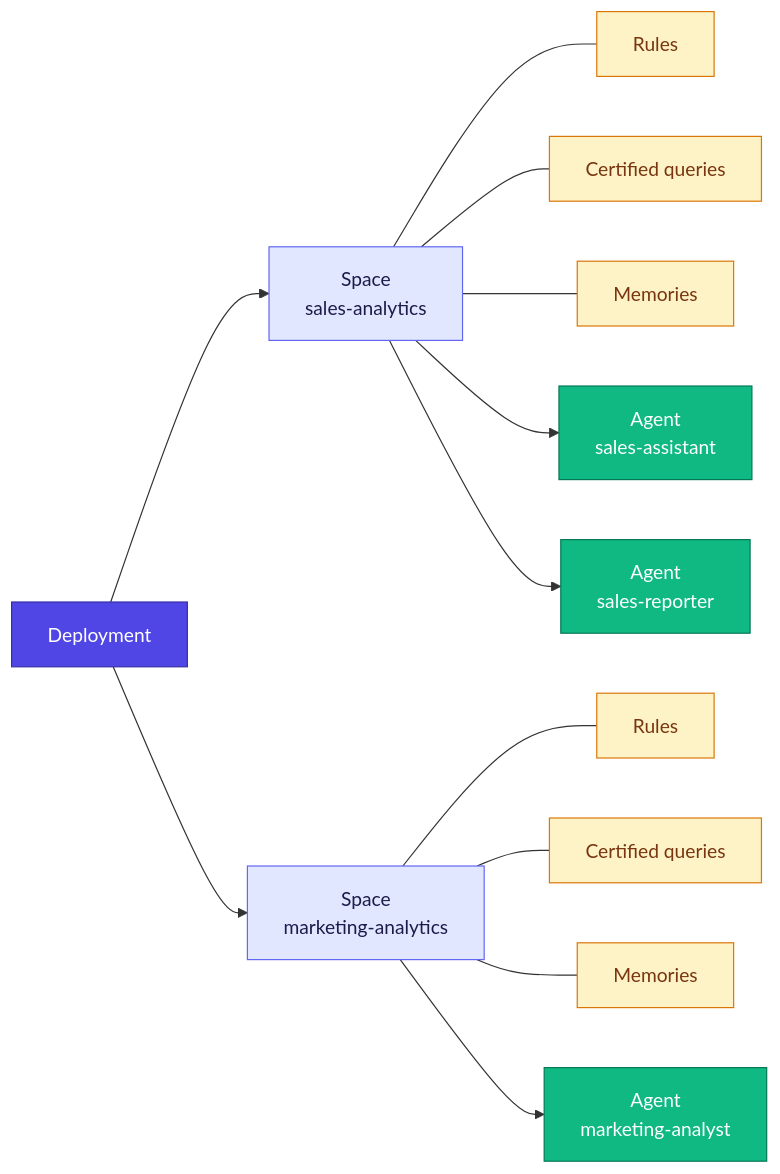
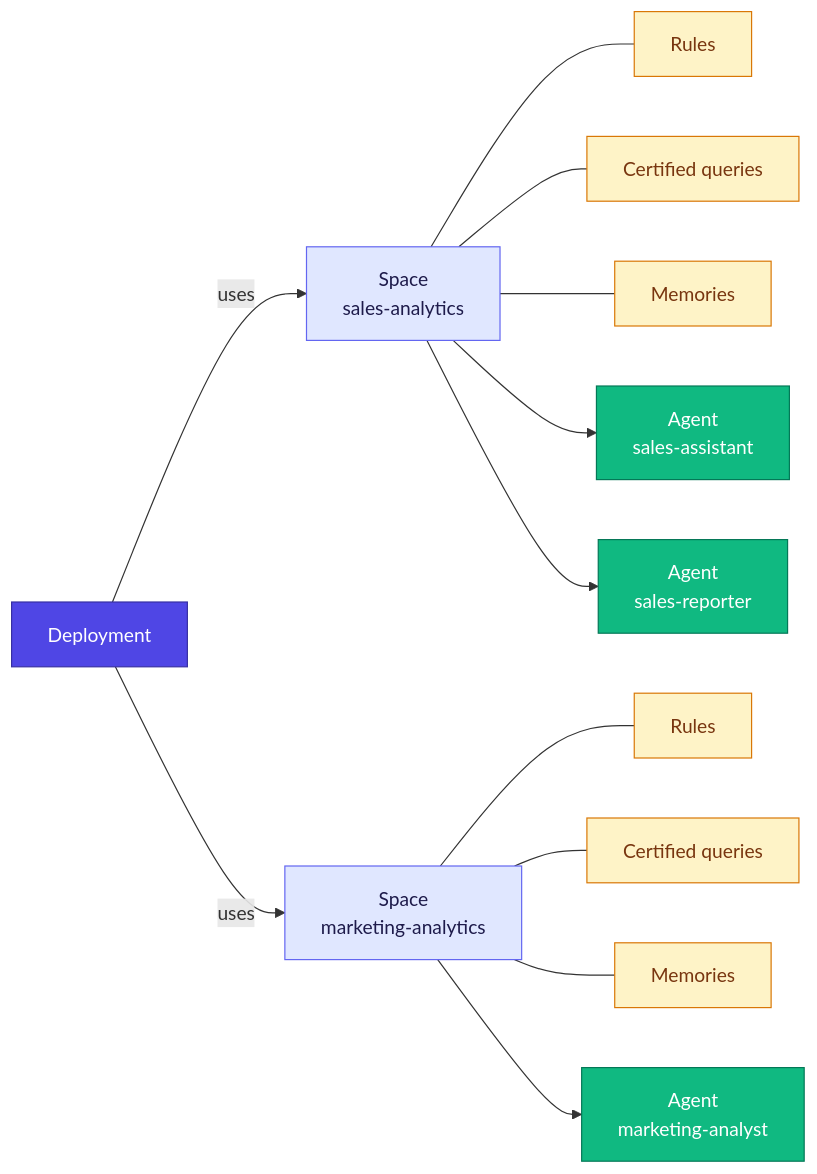
One commit to cube-js/cube changed the diagram in docs-mintlify/admin/ai/multi-agent.mdx. Above: the diagram before and after it, drawn with Mermaid. The commit also changed other lines of this file and 1 other file, not shown here.

````diff
--- a/docs-mintlify/admin/ai/multi-agent.mdx
+++ b/docs-mintlify/admin/ai/multi-agent.mdx
@@ -28,37 +28,37 @@
 ```mermaid
 flowchart LR
     classDef deployment fill:#4f46e5,stroke:#3730a3,color:#fff
     classDef space fill:#e0e7ff,stroke:#6366f1,color:#1e1b4b
     classDef agent fill:#10b981,stroke:#047857,color:#fff
     classDef resource fill:#fef3c7,stroke:#d97706,color:#78350f
 
     D[Deployment]:::deployment
 
     SA[Space<br/>sales-analytics]:::space
     SM[Space<br/>marketing-analytics]:::space
 
     SAR[Rules]:::resource
     SAC[Certified queries]:::resource
     SAM[Memories]:::resource
     A1[Agent<br/>sales-assistant]:::agent
     A2[Agent<br/>sales-reporter]:::agent
 
     SMR[Rules]:::resource
     SMC[Certified queries]:::resource
     SMM[Memories]:::resource
     A3[Agent<br/>marketing-analyst]:::agent
 
-    D --> SA
-    D --> SM
+    D -->|uses| SA
+    D -->|uses| SM
 
     SA --- SAR
     SA --- SAC
     SA --- SAM
     SA --> A1
     SA --> A2
 
     SM --- SMR
     SM --- SMC
     SM --- SMM
     SM --> A3
 ```
````
